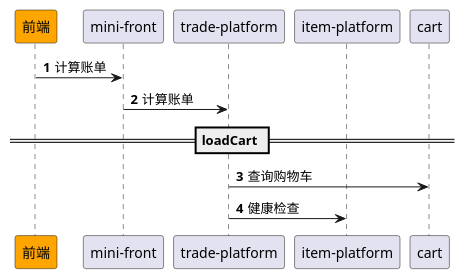
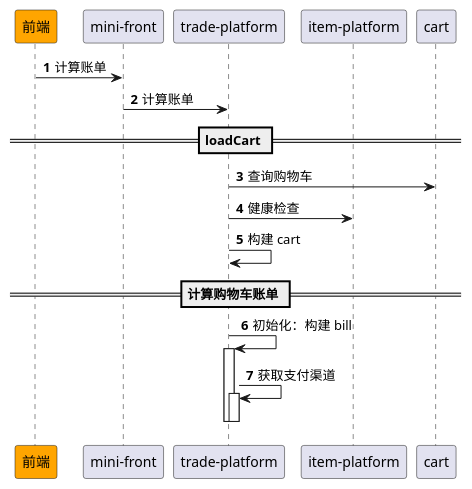
Before and after one commit to awesomecat2020/mock-mall: the diagram in doc/Sequence/购物车下单/2.下单前计算账单.puml, drawn with PlantUML.

Commit message:
chore(doc): 更新购物车下单序列图
- 添加构建 cart步骤
- 新增计算购物车账单过程，包括初始化、构建 bill 和获取支付渠道
- 优化序列图结构，增加激活和解除激活状态

```diff
--- a/doc/Sequence/购物车下单/2.下单前计算账单.puml
+++ b/doc/Sequence/购物车下单/2.下单前计算账单.puml
@@ -1,21 +1,32 @@
 @startuml
 'https://plantuml.com/sequence-diagram
 
 participant "前端" as f #orange
 participant "mini-front" as mf
 participant "trade-platform" as tp
 participant "item-platform" as ip
 
 autonumber
 
 
 f -> mf: 计算账单
 mf -> tp: 计算账单
 
 == loadCart ==
 ' userId、cartTime
 tp -> cart: 查询购物车
 tp -> ip: 健康检查
+tp -> tp: 构建 cart
+
+== 计算购物车账单 ==
+tp -> tp: 初始化：构建 bill
+activate tp
+' 会员卡支付/第三方支付（微信/支付宝）
+tp -> tp: 获取支付渠道
+activate tp
+deactivate tp
+deactivate tp
+
 
 
 @enduml
```
